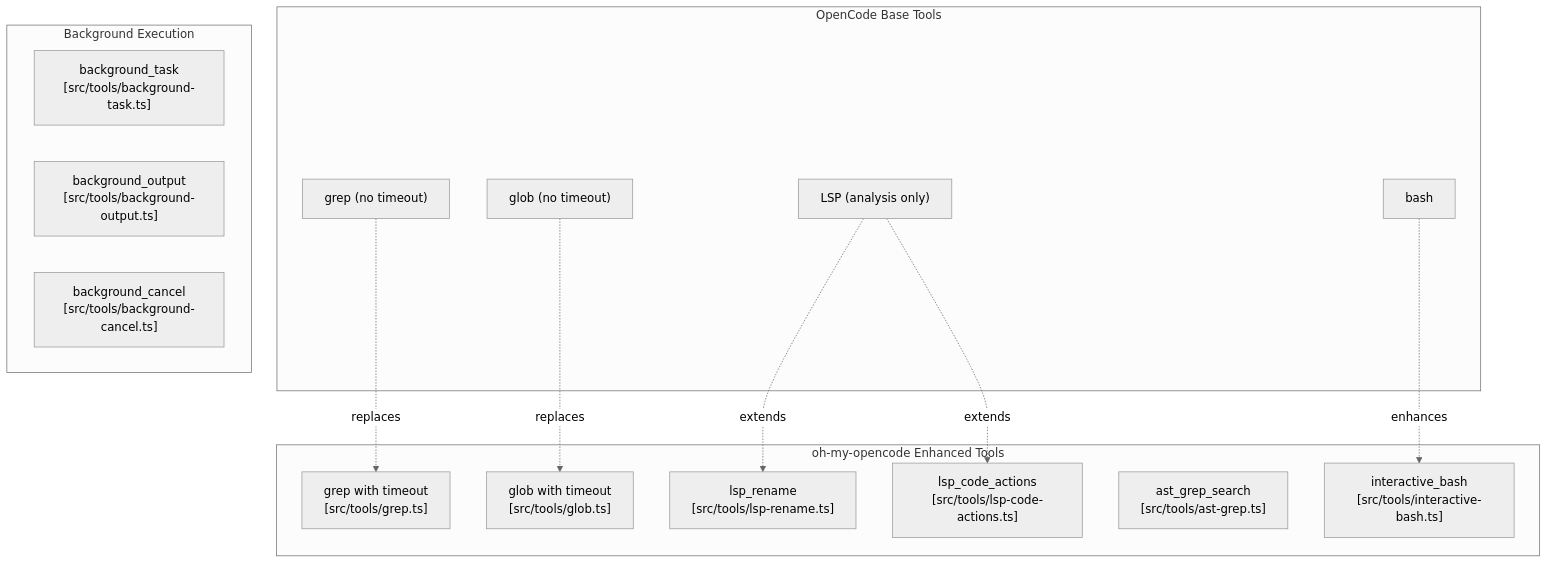
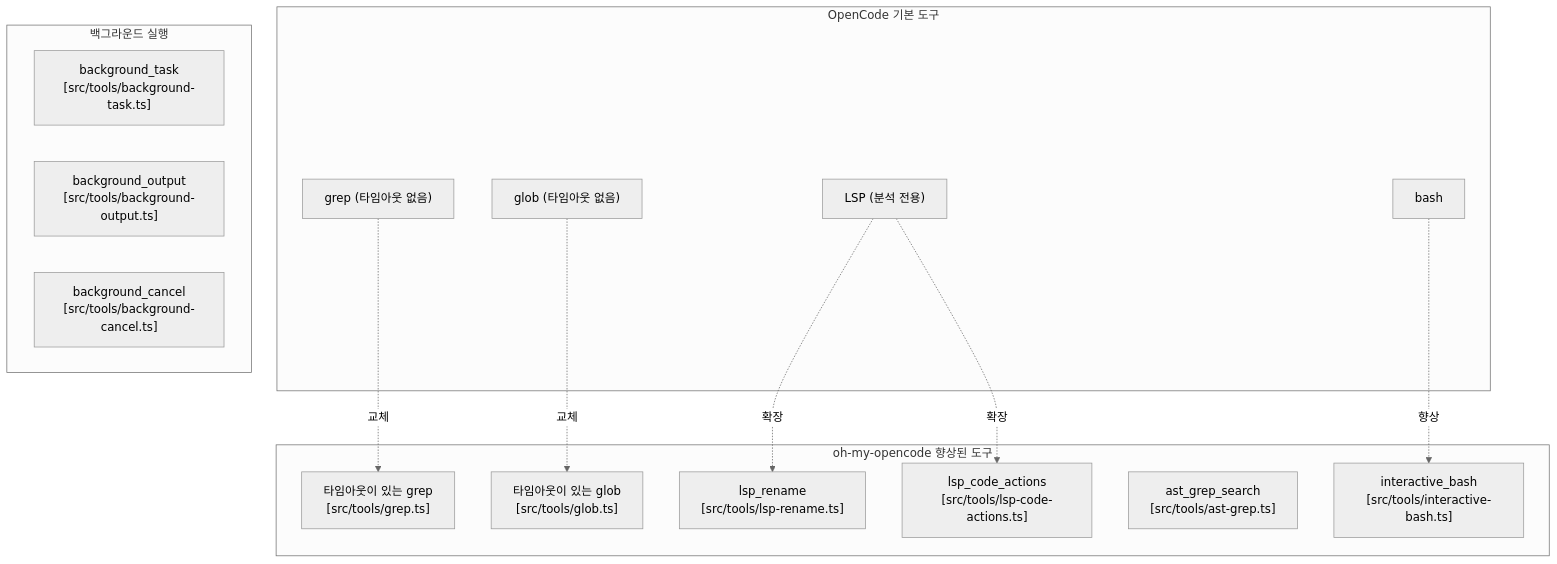
Before and after one commit to felipetruman/oh-my-opencode-docs: diagram 11 of 14 in docs/index.md, drawn with Mermaid (neutral theme). The commit also changed other lines of this file and 76 other files, not shown here.

````diff
--- a/docs/index.md
+++ b/docs/index.md
@@ -726,45 +691,45 @@
 ```mermaid
 flowchart TD
 
 BgTask["background_task<br>[src/tools/background-task.ts]"]
 BgOutput["background_output<br>[src/tools/background-output.ts]"]
 BgCancel["background_cancel<br>[src/tools/background-cancel.ts]"]
-BaseGrep["grep (no timeout)"]
-BaseGlob["glob (no timeout)"]
-BaseLSP["LSP (analysis only)"]
+BaseGrep["grep (타임아웃 없음)"]
+BaseGlob["glob (타임아웃 없음)"]
+BaseLSP["LSP (분석 전용)"]
 BaseBash["bash"]
-EnhGrep["grep with timeout<br>[src/tools/grep.ts]"]
-EnhGlob["glob with timeout<br>[src/tools/glob.ts]"]
+EnhGrep["타임아웃이 있는 grep<br>[src/tools/grep.ts]"]
+EnhGlob["타임아웃이 있는 glob<br>[src/tools/glob.ts]"]
 LSPRename["lsp_rename<br>[src/tools/lsp-rename.ts]"]
 LSPCodeActions["lsp_code_actions<br>[src/tools/lsp-code-actions.ts]"]
 ASTGrep["ast_grep_search<br>[src/tools/ast-grep.ts]"]
 InteractiveBash["interactive_bash<br>[src/tools/interactive-bash.ts]"]
 
-BaseGrep -.->|"replaces"| EnhGrep
-BaseGlob -.->|"replaces"| EnhGlob
-BaseLSP -.->|"extends"| LSPRename
-BaseLSP -.->|"extends"| LSPCodeActions
-BaseBash -.->|"enhances"| InteractiveBash
+BaseGrep -.->|"교체"| EnhGrep
+BaseGlob -.->|"교체"| EnhGlob
+BaseLSP -.->|"확장"| LSPRename
+BaseLSP -.->|"확장"| LSPCodeActions
+BaseBash -.->|"향상"| InteractiveBash
 
-subgraph Enhanced ["oh-my-opencode Enhanced Tools"]
+subgraph Enhanced ["oh-my-opencode 향상된 도구"]
     EnhGrep
     EnhGlob
     LSPRename
     LSPCodeActions
     ASTGrep
     InteractiveBash
 end
 
-subgraph Base ["OpenCode Base Tools"]
+subgraph Base ["OpenCode 기본 도구"]
     BaseGrep
     BaseGlob
     BaseLSP
     BaseBash
 end
 
-subgraph Background ["Background Execution"]
+subgraph Background ["백그라운드 실행"]
     BgTask
     BgOutput
     BgCancel
 end
 ```
````
